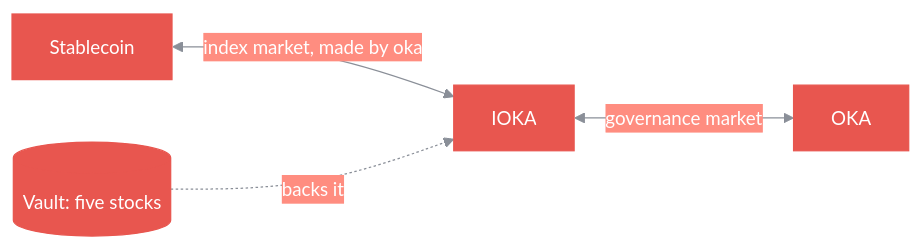
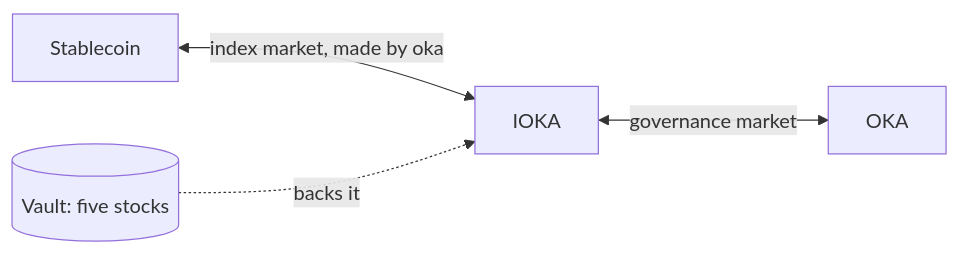
The diagram in concepts/tokens.mdx (8digitsLabs/docs), drawn with Mermaid before and after one commit. The commit also changed other lines of this file, not shown here.

````diff
--- a/concepts/tokens.mdx
+++ b/concepts/tokens.mdx
@@ -34,10 +34,6 @@
 ```mermaid
-%%{init: {"theme":"base","themeVariables":{
-  "primaryColor":"#e8564f","primaryTextColor":"#ffffff","primaryBorderColor":"#e8564f",
-  "lineColor":"#8a8f98","secondaryColor":"#ff8d80","tertiaryColor":"#2a2a2a",
-  "fontSize":"15px"}}}%%
 flowchart LR
   USDG[Stablecoin] <-->|"index market, made by oka"| IOKA[IOKA]
   IOKA <-->|"governance market"| OKA[OKA]
   VAULT[(Vault: five stocks)] -.->|"backs it"| IOKA
 ```
````
